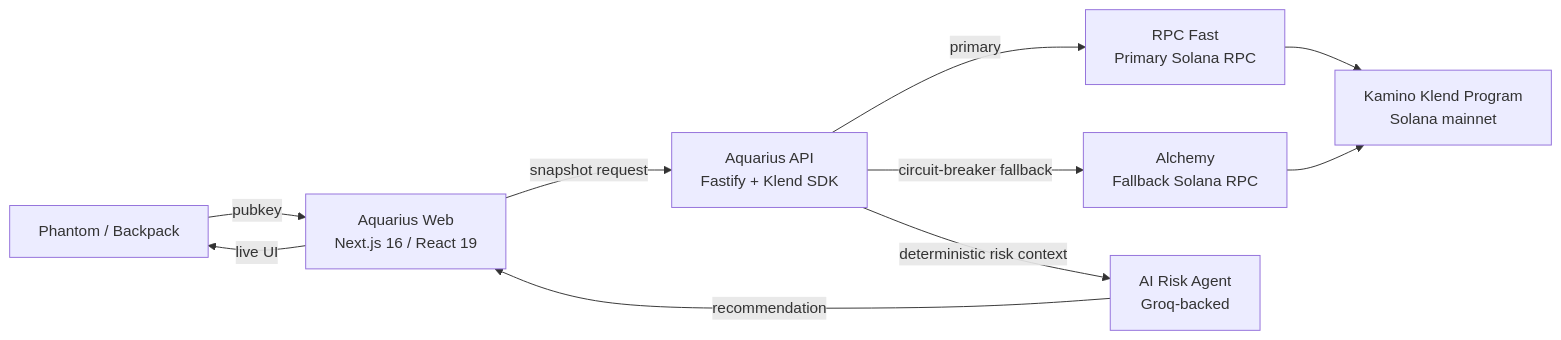
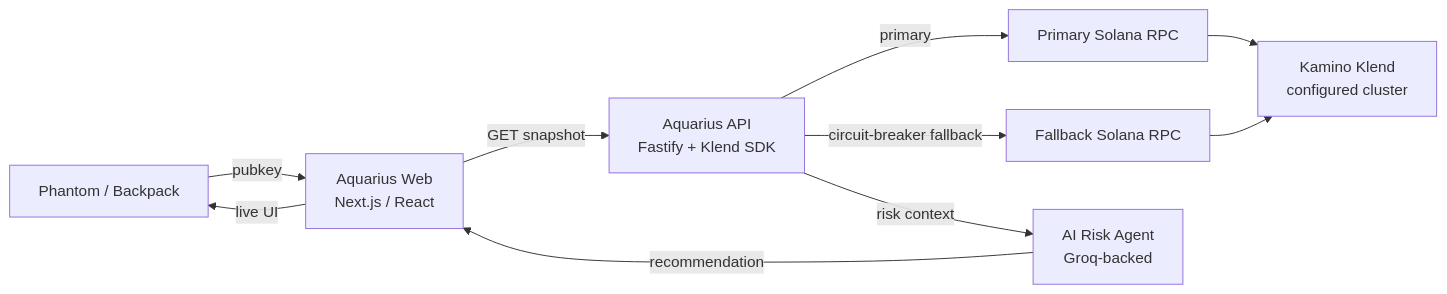
The diagram in docs/hackathons/colosseum-frontier.md (FrankezeCode/Aquarius), drawn with Mermaid before and after one commit. The commit also changed other lines of this file and 14 other files, not shown here.

````diff
--- a/docs/hackathons/colosseum-frontier.md
+++ b/docs/hackathons/colosseum-frontier.md
@@ -112,20 +79,20 @@
 ```mermaid
 flowchart LR
   Wallet[Phantom / Backpack]
-  Web[Aquarius Web<br/>Next.js 16 / React 19]
+  Web[Aquarius Web<br/>Next.js / React]
   API[Aquarius API<br/>Fastify + Klend SDK]
-  RPC[RPC Fast<br/>Primary Solana RPC]
-  Fallback[Alchemy<br/>Fallback Solana RPC]
-  Kamino[Kamino Klend Program<br/>Solana mainnet]
+  RPC[Primary Solana RPC]
+  Fallback[Fallback Solana RPC]
+  Kamino[Kamino Klend<br/>configured cluster]
   Agent[AI Risk Agent<br/>Groq-backed]
 
   Wallet -- pubkey --> Web
-  Web -- snapshot request --> API
+  Web -- GET snapshot --> API
   API -- primary --> RPC
   API -- circuit-breaker fallback --> Fallback
   RPC --> Kamino
   Fallback --> Kamino
-  API -- deterministic risk context --> Agent
+  API -- risk context --> Agent
   Agent -- recommendation --> Web
   Web -- live UI --> Wallet
 ```
````
